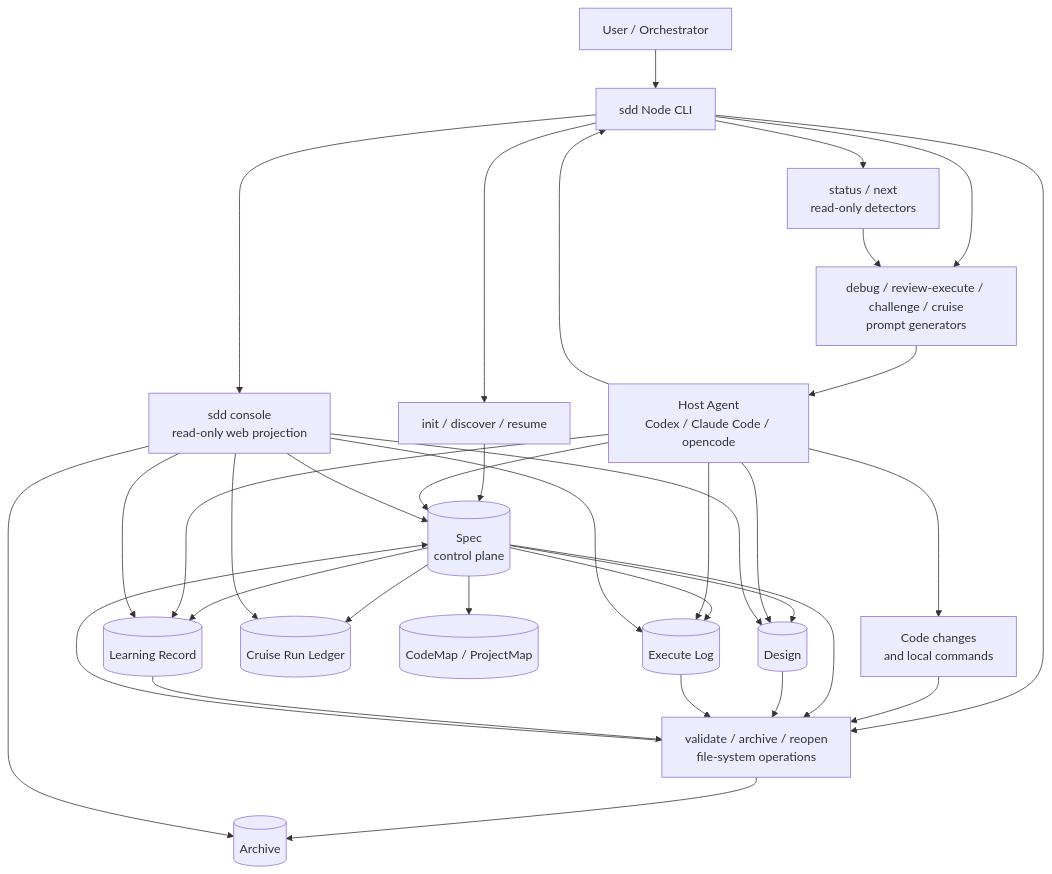
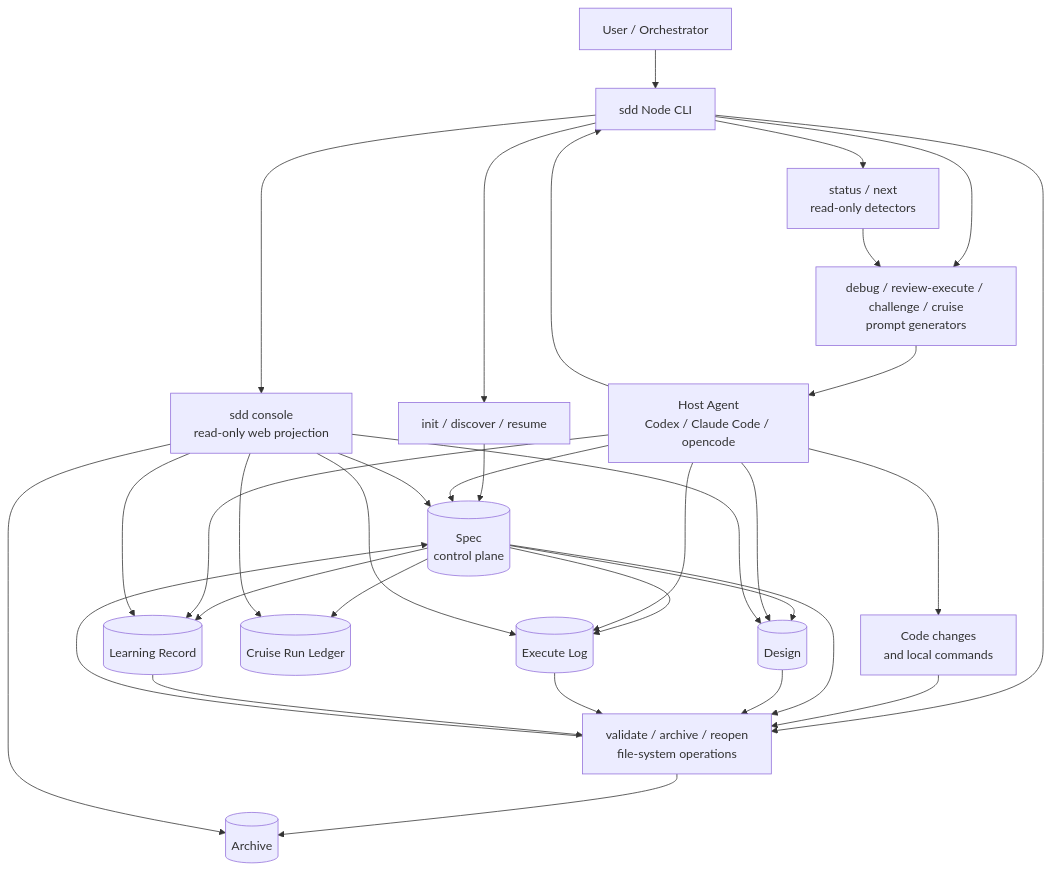
Before and after one commit to arsterliu/sdd-riper: the diagram in GUIDE.md, drawn with Mermaid. The commit also changed other lines of this file and 25 other files, not shown here.

````diff
--- a/GUIDE.md
+++ b/GUIDE.md
@@ -44,41 +42,40 @@
 ```mermaid
 flowchart TD
   User[User / Orchestrator] --> CLI[sdd Node CLI]
   Agent[Host Agent<br/>Codex / Claude Code / opencode] --> CLI
 
   CLI --> Init[init / discover / resume]
   CLI --> Status[status / next<br/>read-only detectors]
   CLI --> Prompt[debug / review-execute / challenge / cruise<br/>prompt generators]
   CLI --> Gate[validate / archive / reopen<br/>file-system operations]
   CLI --> Console[sdd console<br/>read-only web projection]
 
   Init --> Spec[(Spec<br/>control plane)]
   Spec --> Design[(Design)]
   Spec --> ExecuteLog[(Execute Log)]
   Spec --> Learning[(Learning Record)]
   Spec --> Runs[(Cruise Run Ledger)]
-  Spec --> Maps[(CodeMap / ProjectMap)]
 
   Status --> Prompt
   Prompt --> Agent
   Agent --> Code[Code changes<br/>and local commands]
   Agent --> Spec
   Agent --> Design
   Agent --> ExecuteLog
   Agent --> Learning
 
   Code --> Gate
   Spec --> Gate
   Design --> Gate
   ExecuteLog --> Gate
   Learning --> Gate
   Gate --> Archive[(Archive)]
   Gate --> Spec
 
   Console --> Spec
   Console --> Design
   Console --> ExecuteLog
   Console --> Learning
   Console --> Runs
   Console --> Archive
 ```
````
